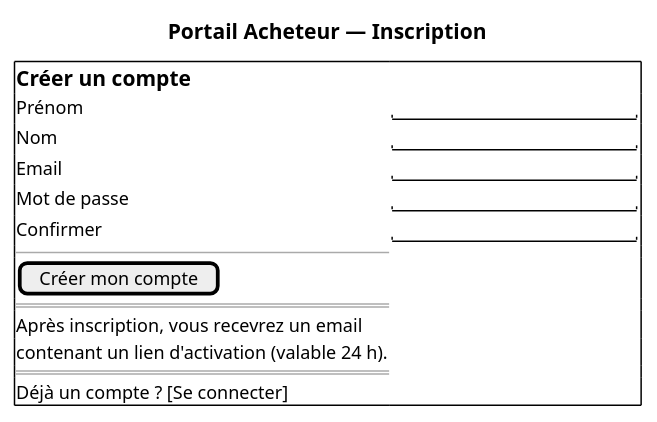
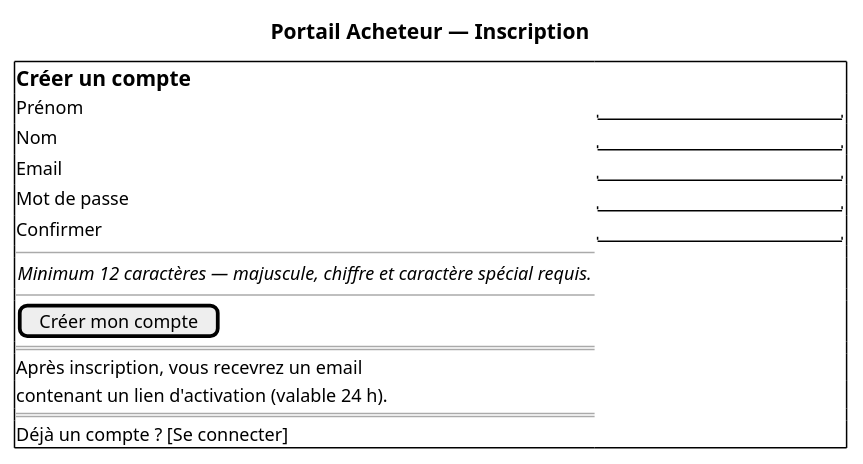
The diagram in architecture/04-physical-architecture/diagrams/ihm/ihm-pa-inscription.puml (louistalvande/online_shop), drawn with PlantUML before and after one commit. The commit also changed 2 other files, not shown here.

```diff
--- a/architecture/04-physical-architecture/diagrams/ihm/ihm-pa-inscription.puml
+++ b/architecture/04-physical-architecture/diagrams/ihm/ihm-pa-inscription.puml
@@ -1,21 +1,25 @@
 @startsalt
 ' Composant PA : front-acheteur (Portail Acheteur)
 ' Fonctions allouées : Service Compte — FS-B01 (inscription), FS-B10 (activation par email)
 title Portail Acheteur — Inscription
 
 {+
   == Créer un compte
   Prénom          | "                    "
   Nom             | "                    "
   Email           | "                    "
   Mot de passe    | "                    "
   Confirmer       | "                    "
   --
+  {
+    <i>Minimum 12 caractères — majuscule, chiffre et caractère spécial requis.
+  }
+  --
   [Créer mon compte]
   ==
   Après inscription, vous recevrez un email
   contenant un lien d'activation (valable 24 h).
   ==
   Déjà un compte ? [Se connecter]
 }
 @endsalt
```
